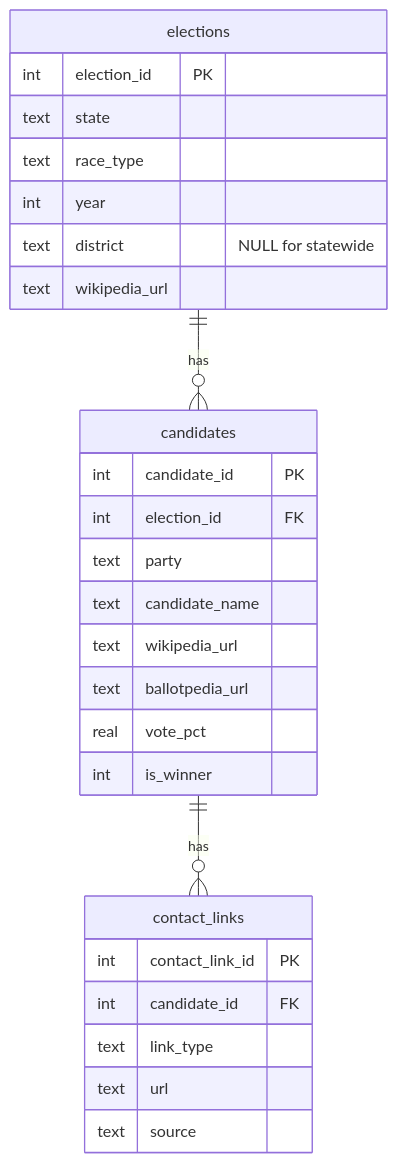
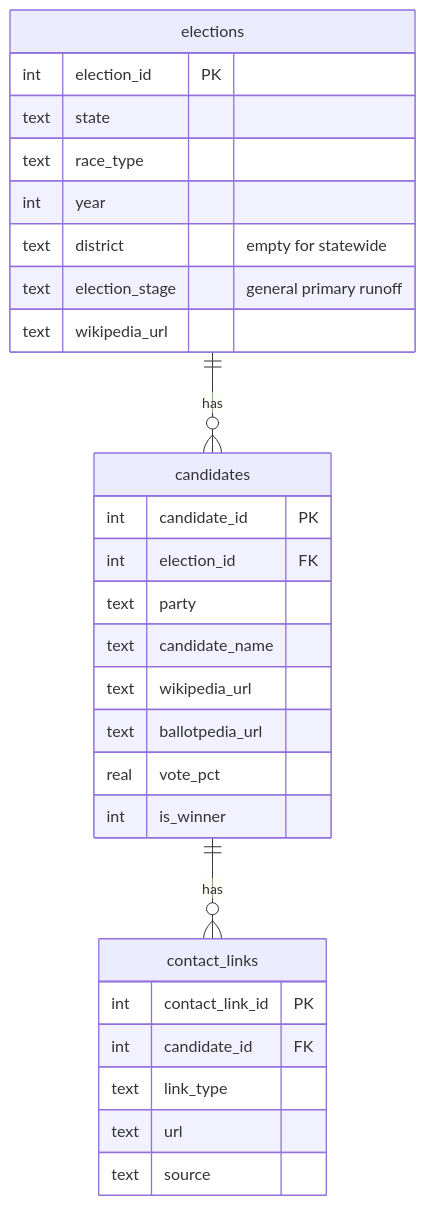
One commit to WeberLab-UW/campLinks changed the diagram in USAGE.md. Above: the diagram before and after it, drawn with Mermaid. The commit also changed other lines of this file and 28 other files, not shown here.

````diff
--- a/USAGE.md
+++ b/USAGE.md
@@ -260,33 +289,34 @@
 ```mermaid
 erDiagram
     elections ||--o{ candidates : "has"
     candidates ||--o{ contact_links : "has"
 
     elections {
         int election_id PK
         text state
         text race_type
         int year
-        text district "NULL for statewide"
+        text district "empty for statewide"
+        text election_stage "general primary runoff"
         text wikipedia_url
     }
 
     candidates {
         int candidate_id PK
         int election_id FK
         text party
         text candidate_name
         text wikipedia_url
         text ballotpedia_url
         real vote_pct
         int is_winner
     }
 
     contact_links {
         int contact_link_id PK
         int candidate_id FK
         text link_type
         text url
         text source
     }
 ```
````
